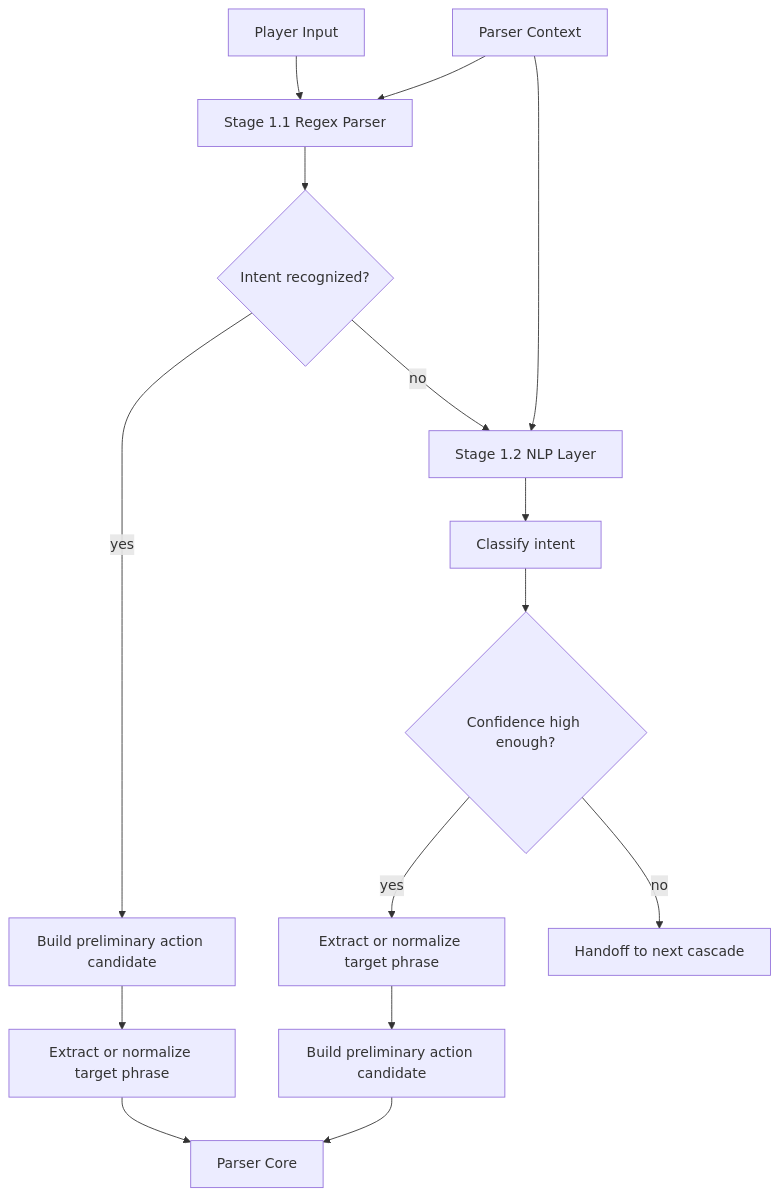
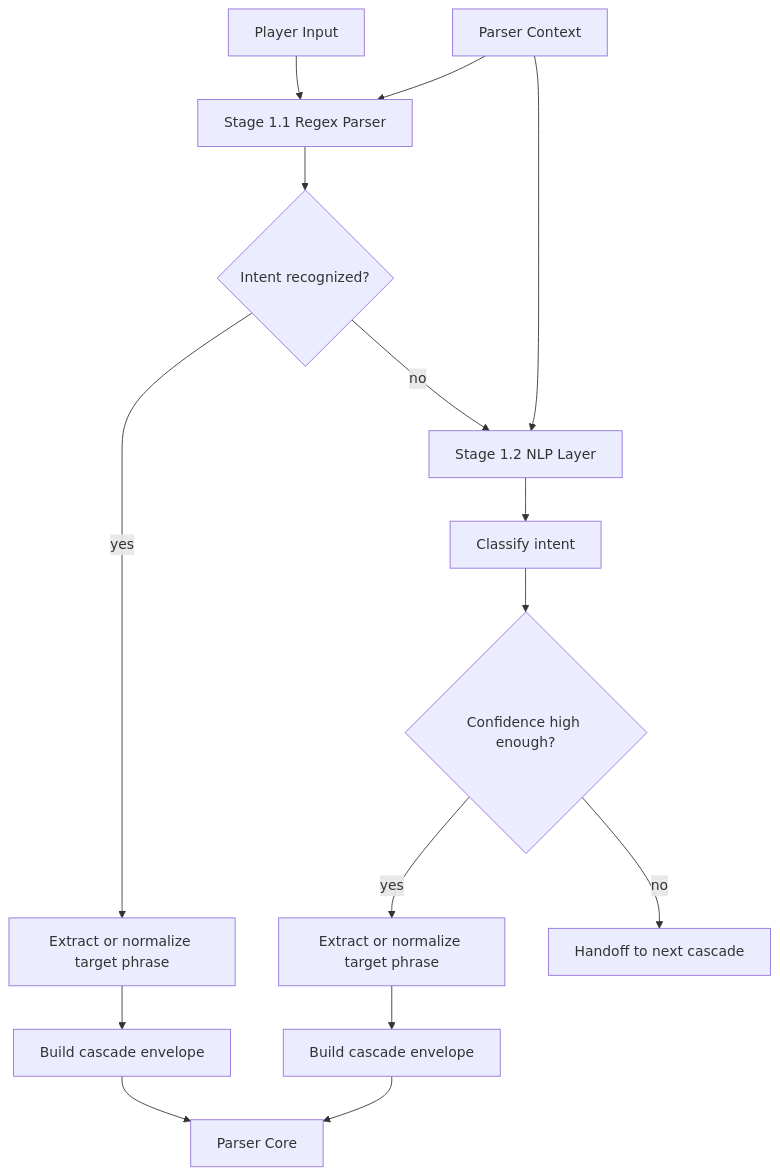
The second of 6 diagrams in Parser.md (z-hunter/Quest), drawn with Mermaid before and after one commit. The commit also changed other lines of this file, not shown here.

First line of the commit message:
Docs: refine parser architecture contract

````diff
--- a/Parser.md
+++ b/Parser.md
@@ -240,24 +241,24 @@
 ```mermaid
 flowchart TD
     U[Player Input]
     CTX[Parser Context]
 
     U --> R1[Stage 1.1 Regex Parser]
     CTX --> R1
 
     R1 --> R1A{Intent recognized?}
-    R1A -->|yes| R1B[Build preliminary action candidate]
-    R1B --> R1C[Extract or normalize target phrase]
+    R1A -->|yes| R1B[Extract or normalize target phrase]
+    R1B --> R1C[Build cascade envelope]
     R1C --> CORE[Parser Core]
 
     R1A -->|no| N1[Stage 1.2 NLP Layer]
     CTX --> N1
 
     N1 --> N1A[Classify intent]
     N1A --> N1B{Confidence high enough?}
     N1B -->|yes| N1C[Extract or normalize target phrase]
-    N1C --> N1D[Build preliminary action candidate]
+    N1C --> N1D[Build cascade envelope]
     N1D --> CORE
 
     N1B -->|no| H[Handoff to next cascade]
 ```
````
